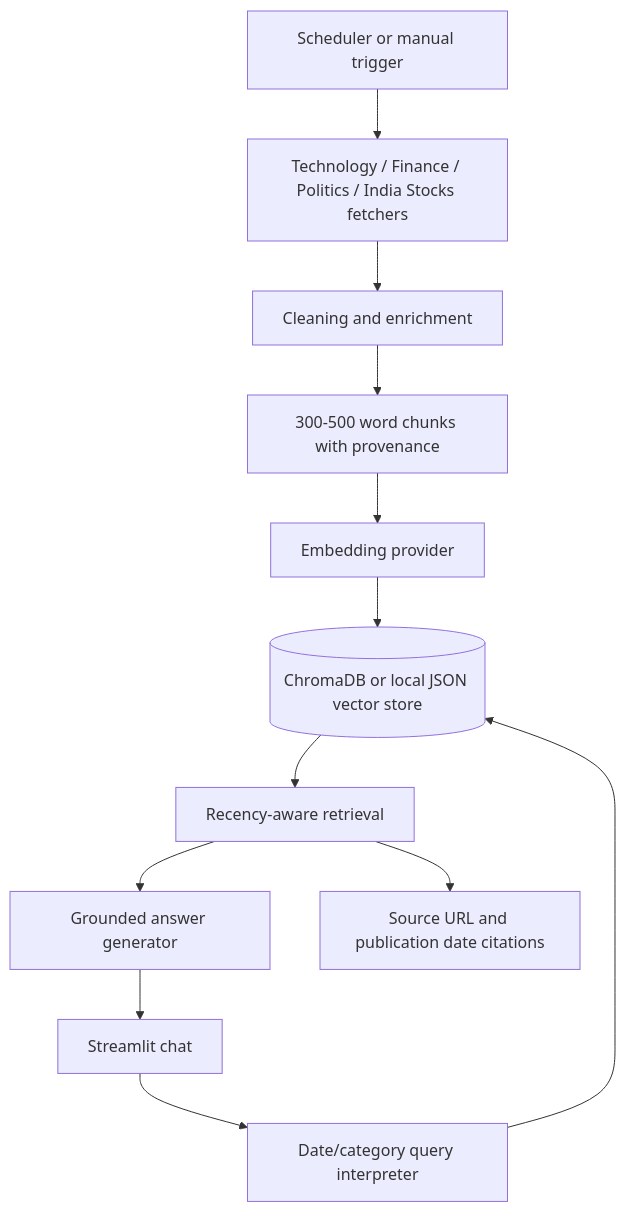
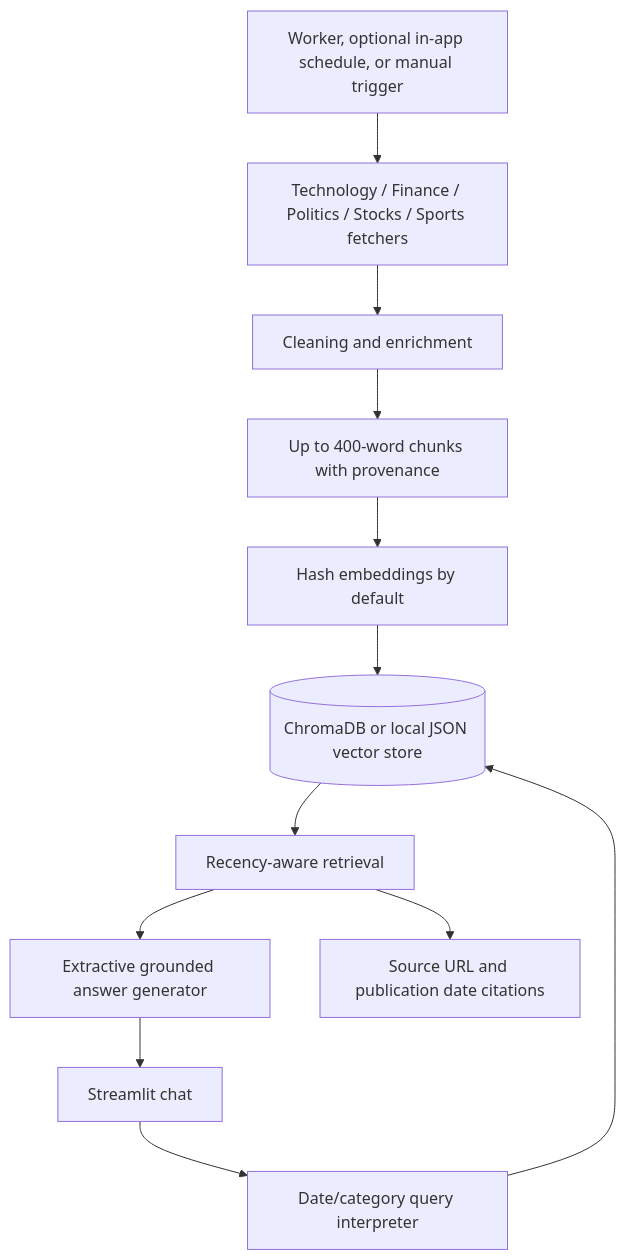
One commit to nareshgrampalli-coder/MADNIntelSysWRAG changed the diagram in docs/ARCHITECTURE.md. Above: the diagram before and after it, drawn with Mermaid. The commit also changed other lines of this file and 10 other files, not shown here.

````diff
--- a/docs/ARCHITECTURE.md
+++ b/docs/ARCHITECTURE.md
@@ -3,14 +3,14 @@
 ```mermaid
 flowchart TD
-    S[Scheduler or manual trigger] --> F[Technology / Finance / Politics / India Stocks fetchers]
+    S[Worker, optional in-app schedule, or manual trigger] --> F[Technology / Finance / Politics / Stocks / Sports fetchers]
     F --> P[Cleaning and enrichment]
-    P --> C[300-500 word chunks with provenance]
-    C --> E[Embedding provider]
+    P --> C[Up to 400-word chunks with provenance]
+    C --> E[Hash embeddings by default]
     E --> V[(ChromaDB or local JSON vector store)]
     U[Streamlit chat] --> Q[Date/category query interpreter]
     Q --> V
     V --> R[Recency-aware retrieval]
-    R --> A[Grounded answer generator]
+    R --> A[Extractive grounded answer generator]
     A --> U
     R --> X[Source URL and publication date citations]
 ```
````
